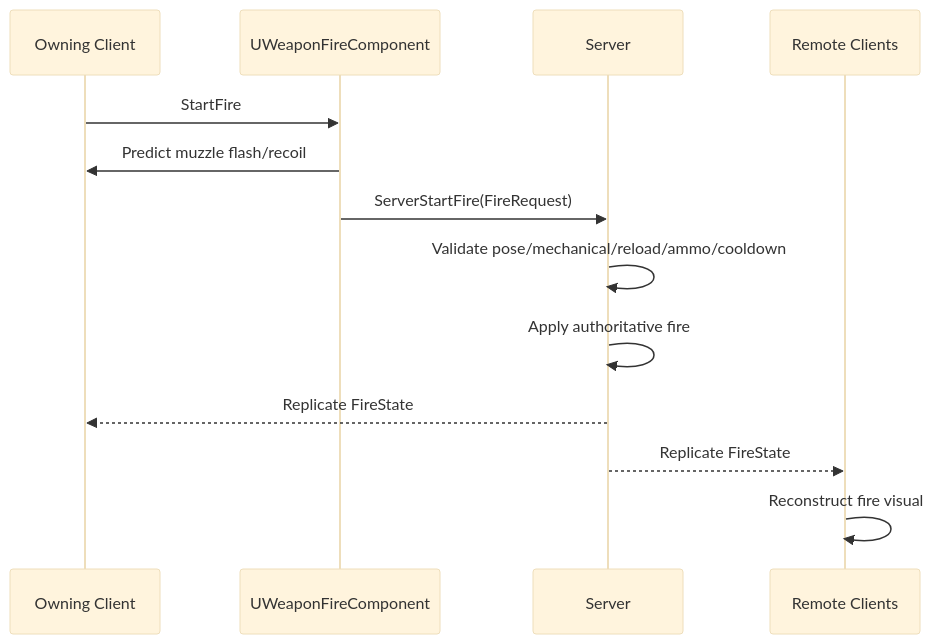
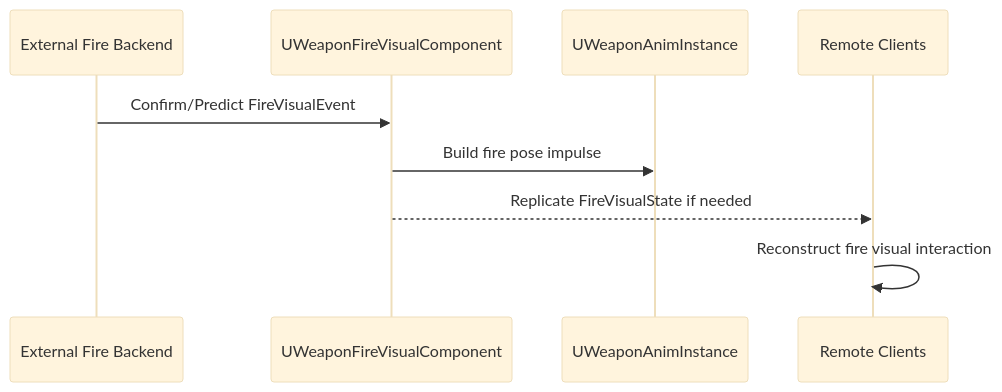
Before and after one commit to o-codify/HumanLocomotionSpecificationDocs: the second of 2 diagrams in docs/12-weapon-interaction/weapon-holding-aiming-ue.md, drawn with Mermaid (base theme). The commit also changed other lines of this file, not shown here.

Commit message:
Tighten UE holding aiming implementation to interaction-facing boundaries

````diff
--- a/docs/12-weapon-interaction/weapon-holding-aiming-ue.md
+++ b/docs/12-weapon-interaction/weapon-holding-aiming-ue.md
@@ -331,16 +341,12 @@
 ```mermaid
 sequenceDiagram
-    participant C as Owning Client
-    participant Fire as UWeaponFireComponent
-    participant S as Server
+    participant Backend as External Fire Backend
+    participant Vis as UWeaponFireVisualComponent
+    participant Anim as UWeaponAnimInstance
     participant RC as Remote Clients
 
-    C->>Fire: StartFire
-    Fire->>C: Predict muzzle flash/recoil
-    Fire->>S: ServerStartFire(FireRequest)
-    S->>S: Validate pose/mechanical/reload/ammo/cooldown
-    S->>S: Apply authoritative fire
-    S-->>C: Replicate FireState
-    S-->>RC: Replicate FireState
-    RC->>RC: Reconstruct fire visual
+    Backend->>Vis: Confirm/Predict FireVisualEvent
+    Vis->>Anim: Build fire pose impulse
+    Vis-->>RC: Replicate FireVisualState if needed
+    RC->>RC: Reconstruct fire visual interaction
 ```
````
